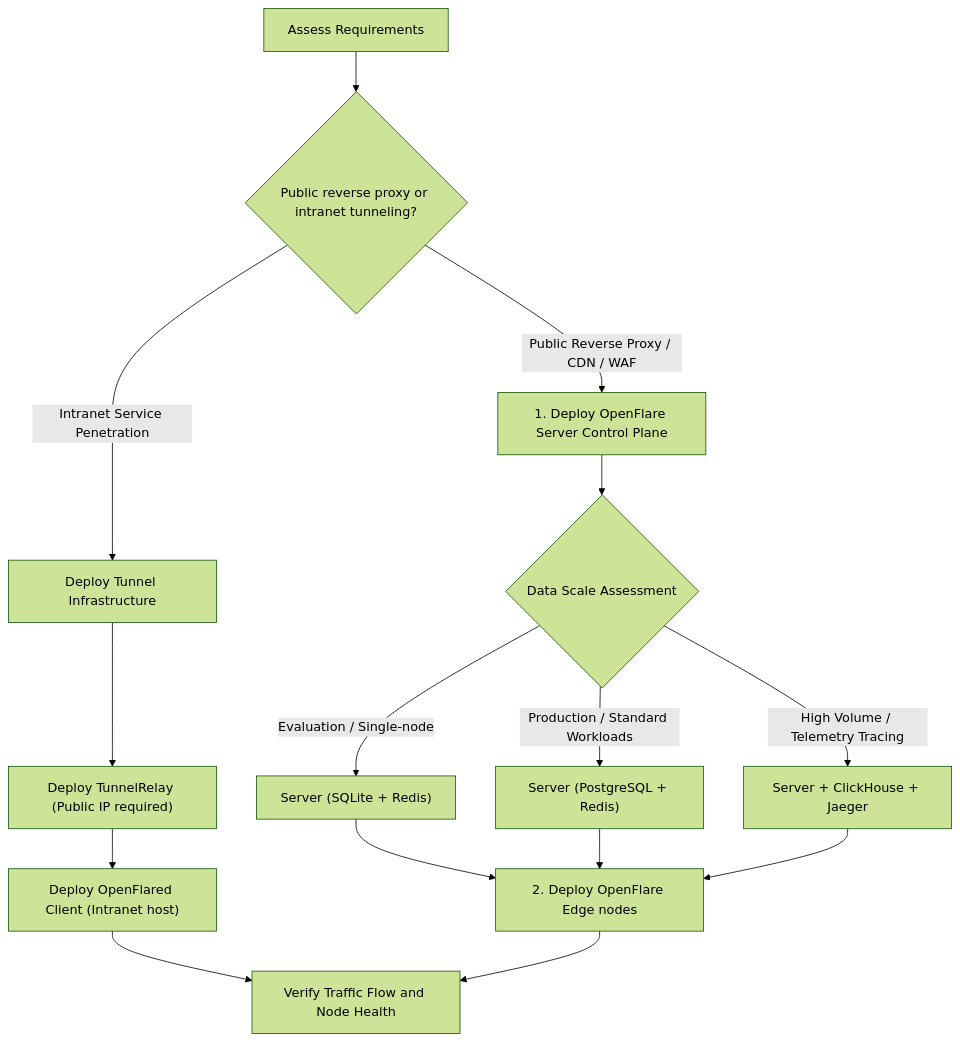
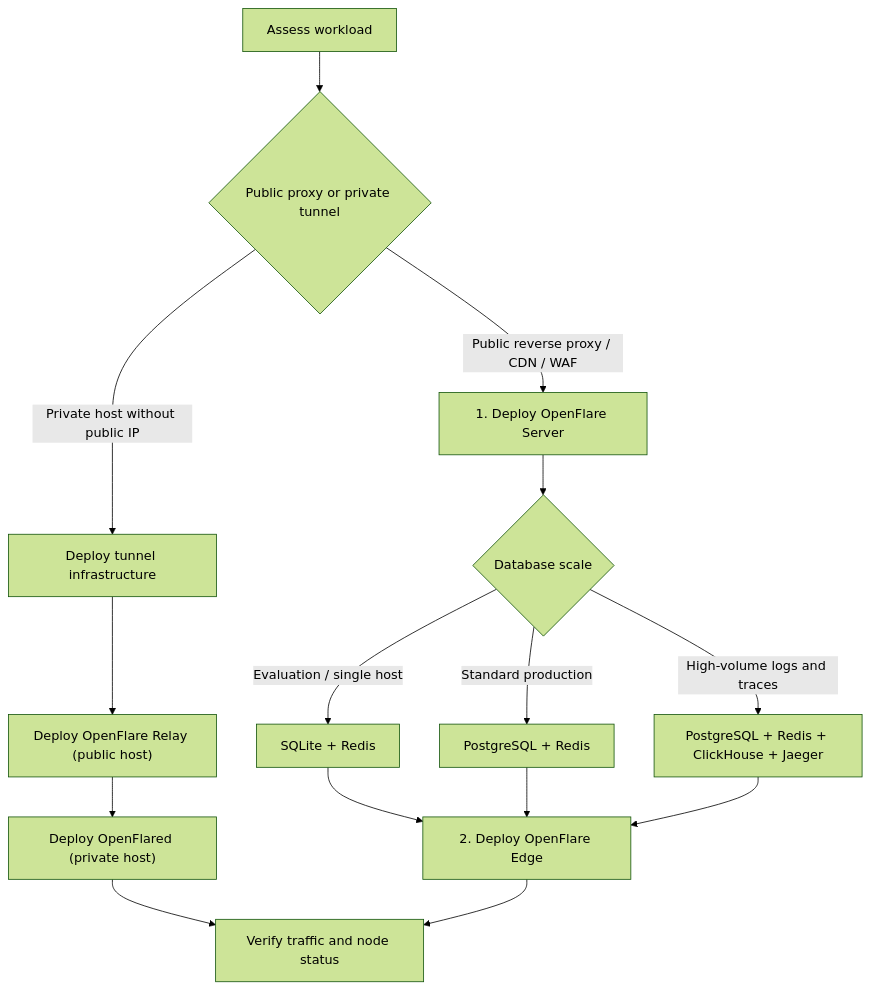
The diagram in docs/en/deployment/index.md (Rain-kl/OpenFlare), drawn with Mermaid (forest theme) before and after one commit. The commit also changed other lines of this file and 123 other files, not shown here.

````diff
--- a/docs/en/deployment/index.md
+++ b/docs/en/deployment/index.md
@@ -19,20 +17,20 @@
 ```mermaid
 flowchart TD
-    Start["Assess Requirements"] --> Mode{"Public reverse proxy or intranet tunneling?"}
-    Mode -->|"Public Reverse Proxy / CDN / WAF"| DeployServer["1. Deploy OpenFlare Server Control Plane"]
-    Mode -->|"Intranet Service Penetration"| DeployTunnel["Deploy Tunnel Infrastructure"]
-    
-    DeployServer --> ServerDB{"Data Scale Assessment"}
-    ServerDB -->|"Evaluation / Single-node"| ServerLite["Server (SQLite + Redis)"]
-    ServerDB -->|"Production / Standard Workloads"| ServerProd["Server (PostgreSQL + Redis)"]
-    ServerDB -->|"High Volume / Telemetry Tracing"| ServerCluster["Server + ClickHouse + Jaeger"]
-    
-    ServerLite --> DeployEdge["2. Deploy OpenFlare Edge nodes"]
+    Start["Assess workload"] --> Mode{"Public proxy or private tunnel"}
+    Mode -->|"Public reverse proxy / CDN / WAF"| DeployServer["1. Deploy OpenFlare Server"]
+    Mode -->|"Private host without public IP"| DeployTunnel["Deploy tunnel infrastructure"]
+
+    DeployServer --> ServerDB{"Database scale"}
+    ServerDB -->|"Evaluation / single host"| ServerLite["SQLite + Redis"]
+    ServerDB -->|"Standard production"| ServerProd["PostgreSQL + Redis"]
+    ServerDB -->|"High-volume logs and traces"| ServerCluster["PostgreSQL + Redis + ClickHouse + Jaeger"]
+
+    ServerLite --> DeployEdge["2. Deploy OpenFlare Edge"]
     ServerProd --> DeployEdge
     ServerCluster --> DeployEdge
-    
-    DeployTunnel --> DeployRelay["Deploy TunnelRelay (Public IP required)"]
-    DeployRelay --> DeployClient["Deploy OpenFlared Client (Intranet host)"]
-    DeployClient --> Finish["Verify Traffic Flow and Node Health"]
+
+    DeployTunnel --> DeployRelay["Deploy OpenFlare Relay (public host)"]
+    DeployRelay --> DeployClient["Deploy OpenFlared (private host)"]
+    DeployClient --> Finish["Verify traffic and node status"]
     DeployEdge --> Finish
 ```
````
